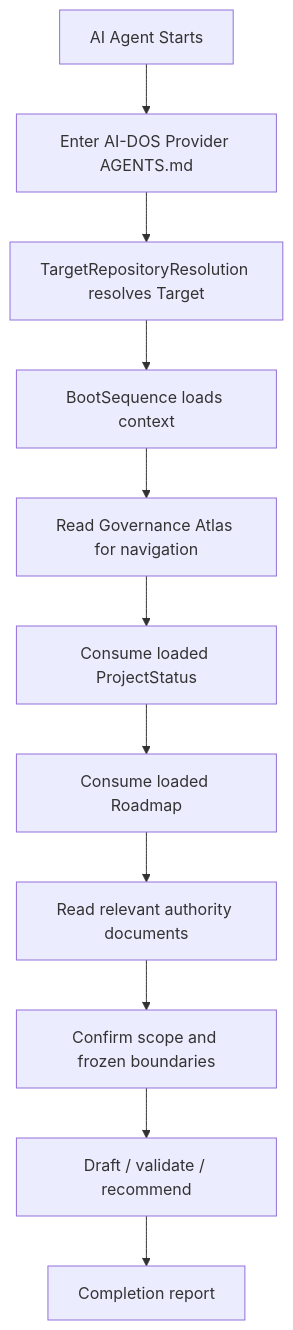
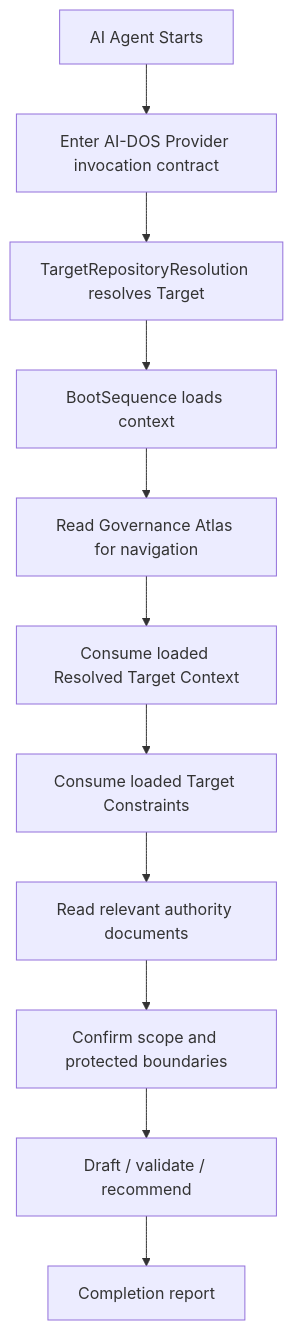
Before and after one commit to doallon/forge-ai: the ninth of 11 diagrams in docs/AI/GOVERNANCE.md, drawn with Mermaid. The commit also changed other lines of this file and 5 other files, not shown here.

Commit message:
Correct AI-DOS core context abstraction

````diff
--- a/docs/AI/GOVERNANCE.md
+++ b/docs/AI/GOVERNANCE.md
@@ -798,15 +798,15 @@
 ```mermaid
 flowchart TD
     Start[AI Agent Starts]
-    AG[Enter AI-DOS Provider AGENTS.md]
+    AG[Enter AI-DOS Provider invocation contract]
     TRR[TargetRepositoryResolution resolves Target]
     BS[BootSequence loads context]
     GOV[Read Governance Atlas for navigation]
-    PS[Consume loaded ProjectStatus]
-    RD[Consume loaded Roadmap]
+    PS[Consume loaded Resolved Target Context]
+    RD[Consume loaded Target Constraints]
     Auth[Read relevant authority documents]
-    Scope[Confirm scope and frozen boundaries]
+    Scope[Confirm scope and protected boundaries]
     Work[Draft / validate / recommend]
     Report[Completion report]
     Start --> AG --> TRR --> BS --> GOV --> PS --> RD --> Auth --> Scope --> Work --> Report
 ```
````
